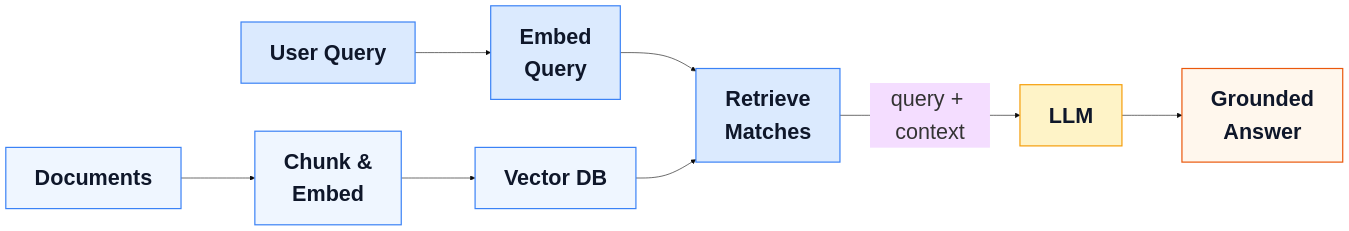
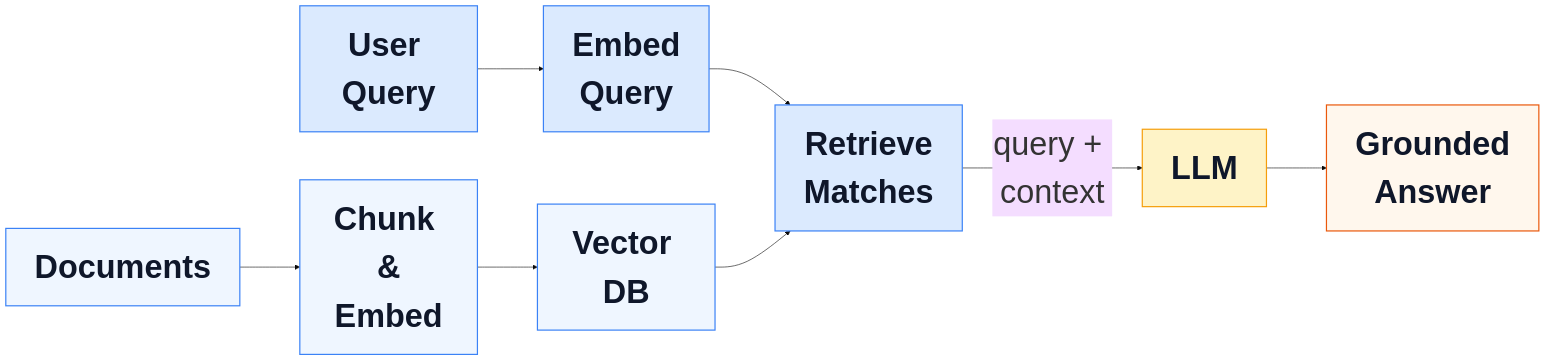
Before and after one commit to kerryback/mgmt675: the diagram in slides/m12-rag.qmd, drawn with Mermaid. The commit also changed other lines of this file and 1 other file, not shown here.

First line of the commit message:
Revise m12-rag: animated RAG highlight, remove What is RAG slide, enlarge mermaid text/arrows

````diff
--- a/slides/m12-rag.qmd
+++ b/slides/m12-rag.qmd
@@ -126,21 +189,21 @@
 ```{mermaid}
 %%| fig-width: 16
-%%{init: {'theme': 'base', 'themeVariables': {'fontSize': '36px'}, 'flowchart': {'nodeSpacing': 80, 'rankSpacing': 100, 'padding': 24, 'useMaxWidth': true}}}%%
+%%{init: {'theme': 'base', 'themeVariables': {'fontSize': '54px', 'lineWidth': 6}, 'flowchart': {'nodeSpacing': 80, 'rankSpacing': 100, 'padding': 24, 'useMaxWidth': true}}}%%
 flowchart LR
   D["<b>Documents</b>"] --> CE["<b>Chunk &<br>Embed</b>"]
   CE --> VDB["<b>Vector DB</b>"]
   UQ["<b>User Query</b>"] --> EQ["<b>Embed<br>Query</b>"]
   EQ --> R["<b>Retrieve<br>Matches</b>"]
   VDB --> R
   R -->|"query + context"| LLM["<b>LLM</b>"]
   LLM --> A["<b>Grounded<br>Answer</b>"]
 
-  style D fill:#eff6ff,stroke:#3b82f6,stroke-width:2px,color:#0f172a,font-size:36px,padding:20px
-  style CE fill:#eff6ff,stroke:#3b82f6,stroke-width:2px,color:#0f172a,font-size:36px,padding:20px
-  style VDB fill:#eff6ff,stroke:#3b82f6,stroke-width:2px,color:#0f172a,font-size:36px,padding:20px
-  style UQ fill:#dbeafe,stroke:#3b82f6,stroke-width:2px,color:#0f172a,font-size:36px,padding:20px
-  style EQ fill:#dbeafe,stroke:#3b82f6,stroke-width:2px,color:#0f172a,font-size:36px,padding:20px
-  style R fill:#dbeafe,stroke:#3b82f6,stroke-width:2px,color:#0f172a,font-size:36px,padding:20px
-  style LLM fill:#fef3c7,stroke:#f59e0b,stroke-width:2px,color:#0f172a,font-size:36px,padding:20px
-  style A fill:#fff7ed,stroke:#ea580c,stroke-width:2px,color:#0f172a,font-size:36px,padding:20px
+  style D fill:#eff6ff,stroke:#3b82f6,stroke-width:2px,color:#0f172a,font-size:54px,padding:20px
+  style CE fill:#eff6ff,stroke:#3b82f6,stroke-width:2px,color:#0f172a,font-size:54px,padding:20px
+  style VDB fill:#eff6ff,stroke:#3b82f6,stroke-width:2px,color:#0f172a,font-size:54px,padding:20px
+  style UQ fill:#dbeafe,stroke:#3b82f6,stroke-width:2px,color:#0f172a,font-size:54px,padding:20px
+  style EQ fill:#dbeafe,stroke:#3b82f6,stroke-width:2px,color:#0f172a,font-size:54px,padding:20px
+  style R fill:#dbeafe,stroke:#3b82f6,stroke-width:2px,color:#0f172a,font-size:54px,padding:20px
+  style LLM fill:#fef3c7,stroke:#f59e0b,stroke-width:2px,color:#0f172a,font-size:54px,padding:20px
+  style A fill:#fff7ed,stroke:#ea580c,stroke-width:2px,color:#0f172a,font-size:54px,padding:20px
 ```
````
